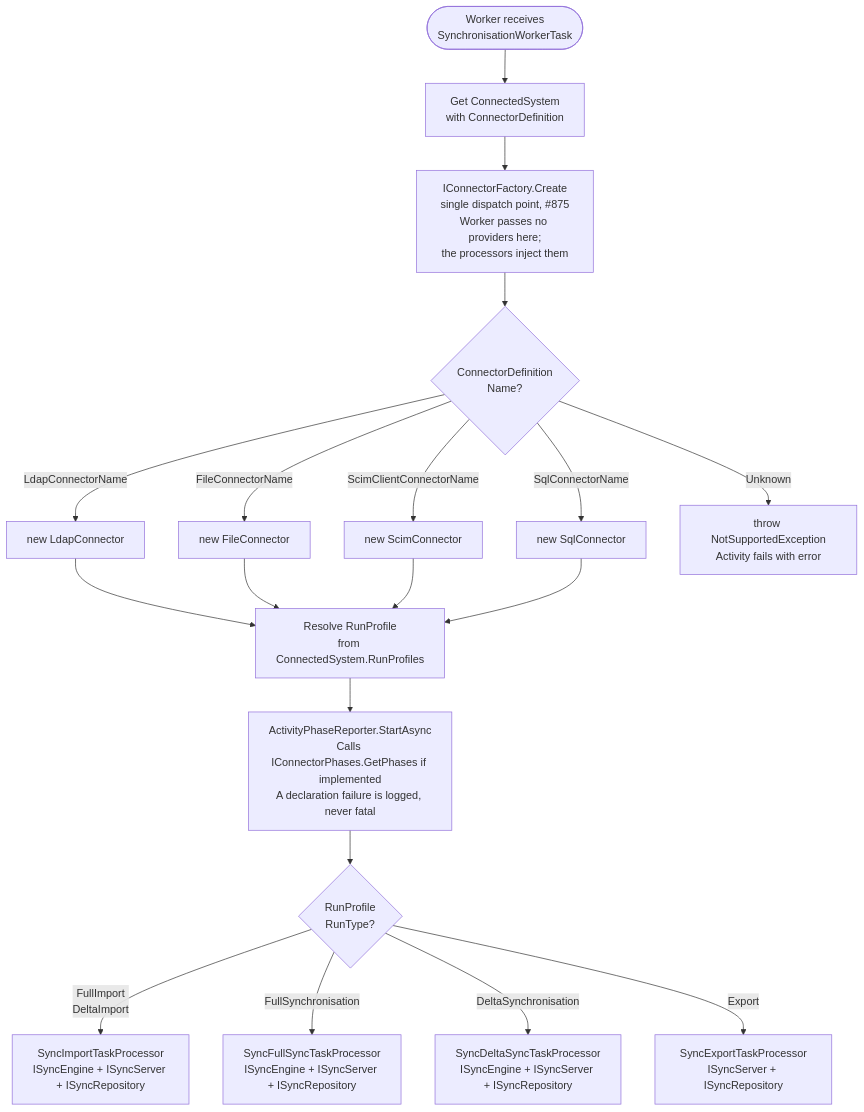
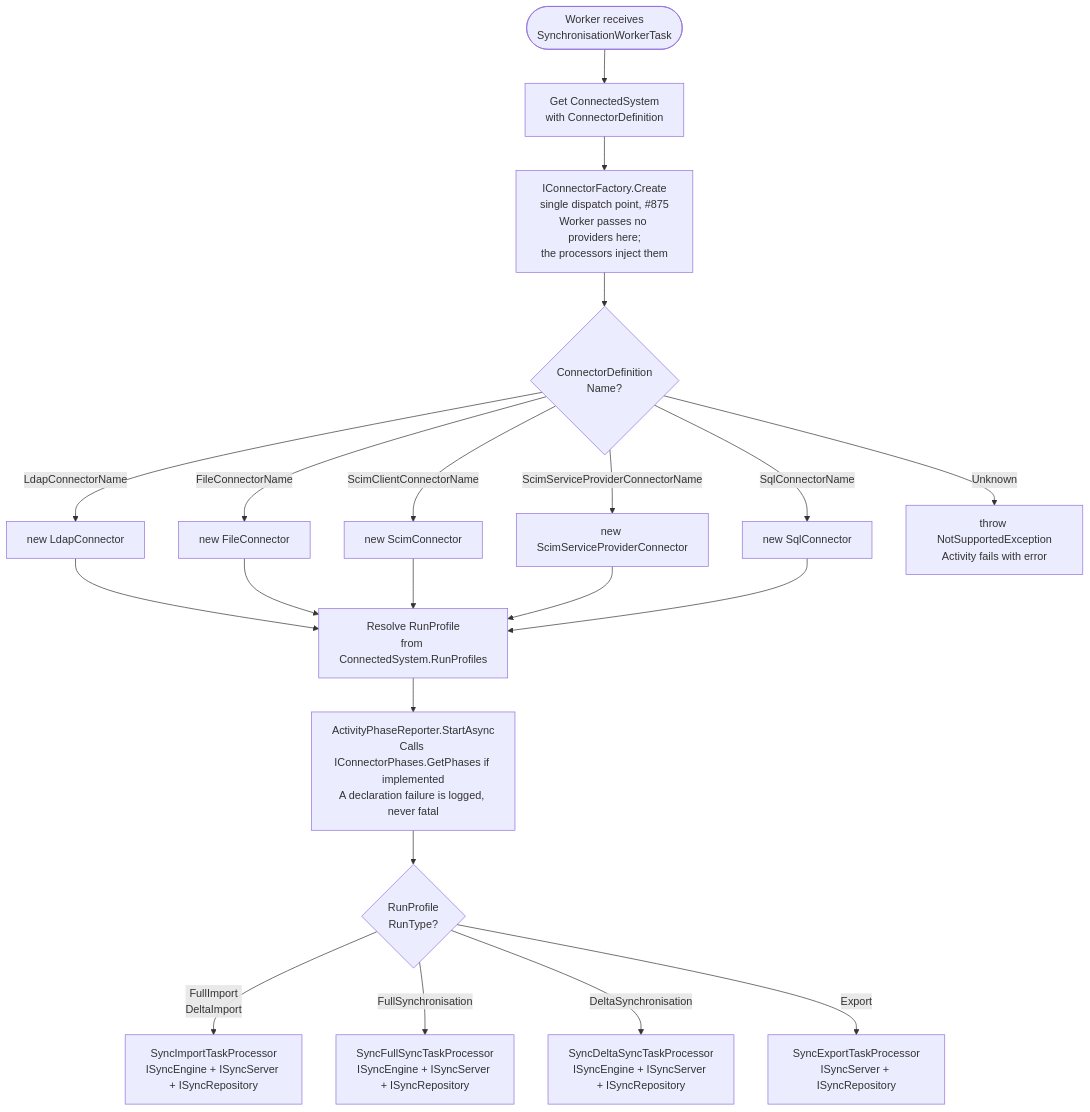
One commit to TetronIO/JIM changed the second of 7 diagrams in engineering/developer/diagrams/CONNECTOR_LIFECYCLE.md. Above: the diagram before and after it, drawn with Mermaid. The commit also changed other lines of this file and 10 other files, not shown here.

````diff
--- a/engineering/developer/diagrams/CONNECTOR_LIFECYCLE.md
+++ b/engineering/developer/diagrams/CONNECTOR_LIFECYCLE.md
@@ -36,24 +39,26 @@
 ```mermaid
 flowchart TD
     TaskStart([Worker receives<br/>SynchronisationWorkerTask]) --> GetCS[Get ConnectedSystem<br/>with ConnectorDefinition]
     GetCS --> Factory[IConnectorFactory.Create<br/>single dispatch point, #875<br/>Worker passes no providers here;<br/>the processors inject them]
     Factory --> MatchName{ConnectorDefinition<br/>Name?}
 
     MatchName -->|LdapConnectorName| CreateLdap[new LdapConnector]
     MatchName -->|FileConnectorName| CreateFile[new FileConnector]
     MatchName -->|ScimClientConnectorName| CreateScim[new ScimConnector]
+    MatchName -->|ScimServiceProviderConnectorName| CreateScimSp[new ScimServiceProviderConnector]
     MatchName -->|SqlConnectorName| CreateSql[new SqlConnector]
     MatchName -->|Unknown| ThrowError[throw NotSupportedException<br/>Activity fails with error]
 
     CreateLdap --> GetRunProfile[Resolve RunProfile<br/>from ConnectedSystem.RunProfiles]
     CreateFile --> GetRunProfile
     CreateScim --> GetRunProfile
+    CreateScimSp --> GetRunProfile
     CreateSql --> GetRunProfile
 
     GetRunProfile --> DeclarePhases[ActivityPhaseReporter.StartAsync<br/>Calls IConnectorPhases.GetPhases if implemented<br/>A declaration failure is logged, never fatal]
     DeclarePhases --> RouteByType{RunProfile<br/>RunType?}
     RouteByType -->|FullImport<br/>DeltaImport| ImportProcessor[SyncImportTaskProcessor<br/>ISyncEngine + ISyncServer + ISyncRepository]
     RouteByType -->|FullSynchronisation| FullSyncProcessor[SyncFullSyncTaskProcessor<br/>ISyncEngine + ISyncServer + ISyncRepository]
     RouteByType -->|DeltaSynchronisation| DeltaSyncProcessor[SyncDeltaSyncTaskProcessor<br/>ISyncEngine + ISyncServer + ISyncRepository]
     RouteByType -->|Export| ExportProcessor[SyncExportTaskProcessor<br/>ISyncServer + ISyncRepository]
 ```
````
